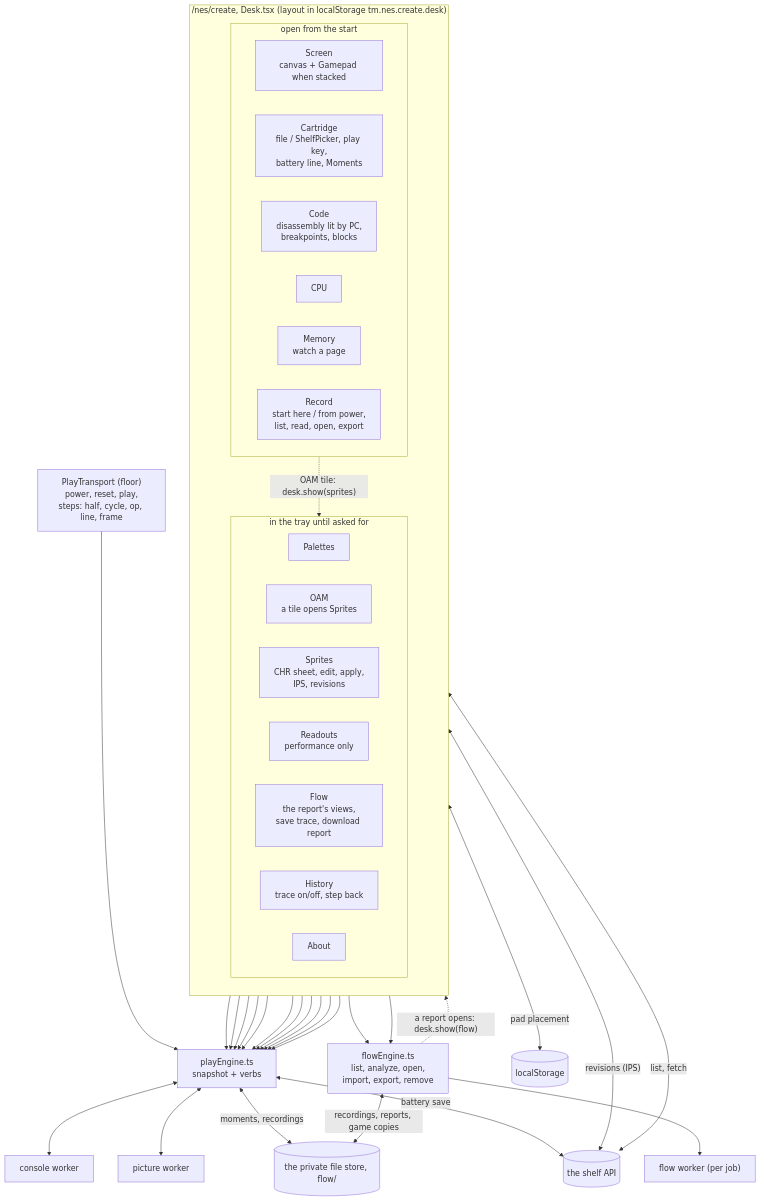
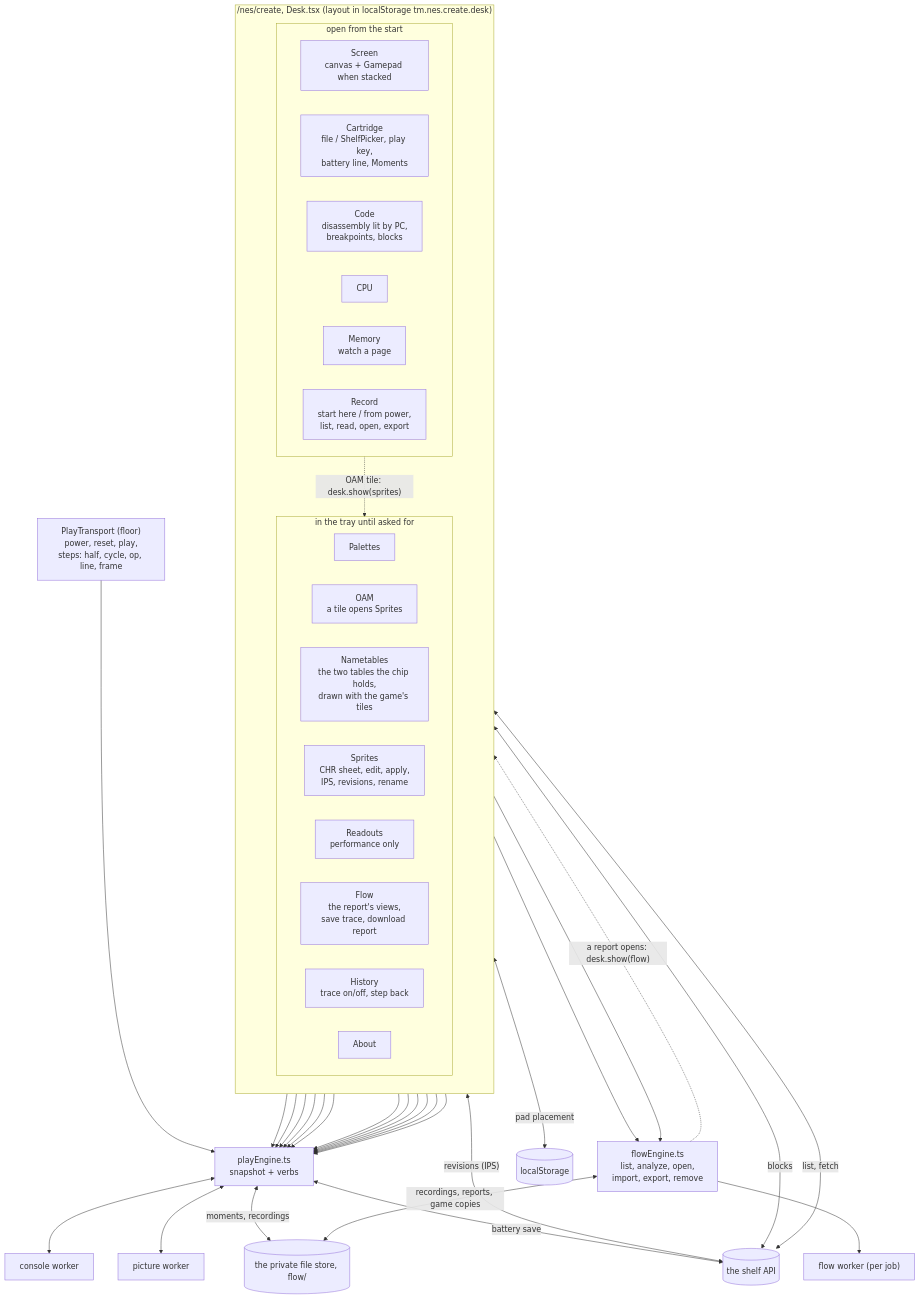
One commit to tinymachines/public changed the second of 6 diagrams in docs/nes/workbench.md. Above: the diagram before and after it, drawn with Mermaid. The commit also changed other lines of this file and 1 other file, not shown here.

Commit message:
The desk's document follows: the four things the survey found missing arrived, and the drawings, tables and words say so

````diff
--- a/docs/nes/workbench.md
+++ b/docs/nes/workbench.md
@@ -169,55 +173,57 @@
 ```mermaid
-%% The create desk: its thirteen windows, six open from the start and seven in the tray, and the floor transport, all reading one engine; the flow engine beside it; the three workers under them; and the three places anything is kept.
+%% The create desk: its fourteen windows, six open from the start and eight in the tray, and the floor transport, all reading one engine; the flow engine beside it; the three workers under them; and the three places anything is kept.
 flowchart TB
   subgraph desk["/nes/create, Desk.tsx (layout in localStorage tm.nes.create.desk)"]
     direction TB
     subgraph start["open from the start"]
       direction LR
       screen["Screen<br/>canvas + Gamepad when stacked"]
       cart["Cartridge<br/>file / ShelfPicker, play key,<br/>battery line, Moments"]
       code["Code<br/>disassembly lit by PC,<br/>breakpoints, blocks"]
       cpu["CPU"]
       mem["Memory<br/>watch a page"]
       rec["Record<br/>start here / from power,<br/>list, read, open, export"]
     end
     subgraph tray["in the tray until asked for"]
       direction LR
       pal["Palettes"]
       oam["OAM<br/>a tile opens Sprites"]
-      spr["Sprites<br/>CHR sheet, edit, apply,<br/>IPS, revisions"]
+      nt["Nametables<br/>the two tables the chip holds,<br/>drawn with the game's tiles"]
+      spr["Sprites<br/>CHR sheet, edit, apply,<br/>IPS, revisions, rename"]
       read["Readouts<br/>performance only"]
       flow["Flow<br/>the report's views,<br/>save trace, download report"]
       hist["History<br/>trace on/off, step back"]
       about["About"]
     end
   end
 
   transport["PlayTransport (floor)<br/>power, reset, play,<br/>steps: half, cycle, op, line, frame"]
 
   engine["playEngine.ts<br/>snapshot + verbs"]
   fe["flowEngine.ts<br/>list, analyze, open,<br/>import, export, remove"]
 
-  screen & cart & code & cpu & mem & pal & oam & spr & read & hist & transport --> engine
+  screen & cart & code & cpu & mem & pal & oam & nt & spr & read & hist & transport --> engine
   rec --> engine
   rec --> fe
   flow --> fe
   mem -.->|"OAM tile: desk.show(sprites)"| spr
   fe -.->|"a report opens: desk.show(flow)"| flow
 
   cw["console worker"]
   pw["picture worker"]
   fw["flow worker (per job)"]
   engine <--> cw
   engine <--> pw
   fe --> fw
 
   opfs[("the private file store, flow/")]
   shelf[("the shelf API")]
   ls[("localStorage")]
   engine <-->|"moments, recordings"| opfs
   fe <-->|"recordings, reports, game copies"| opfs
   engine <-->|"battery save"| shelf
   spr <-->|"revisions (IPS)"| shelf
+  code <-->|"blocks"| shelf
   cart <-->|"list, fetch"| shelf
   screen <-->|"pad placement"| ls
 ```
````
